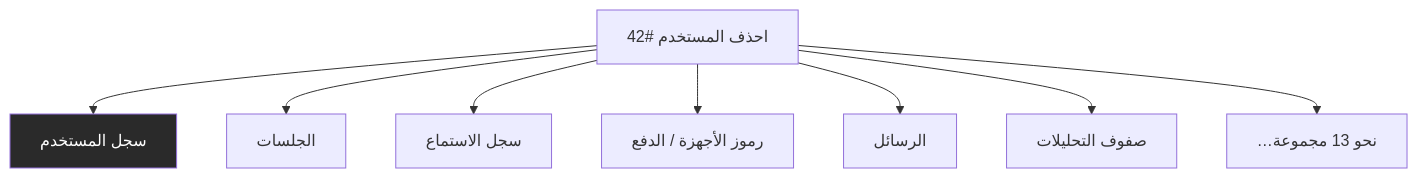
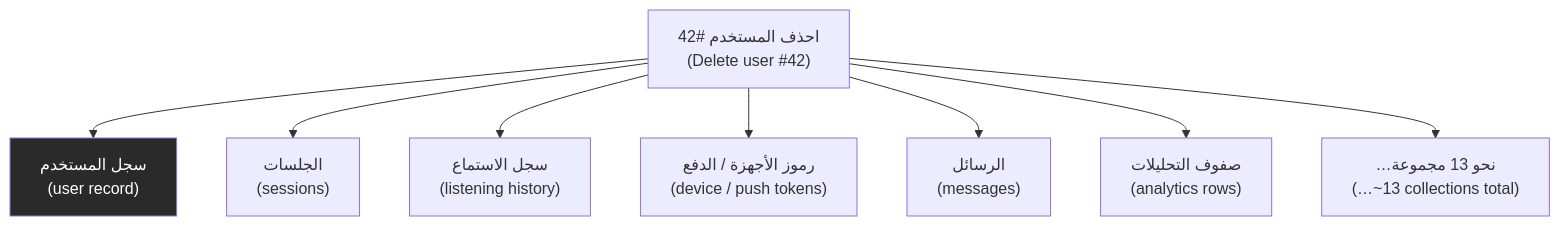
Before and after one commit to Tamoura/system-design-for-vibe-coders: the sixth of 10 diagrams in modules/02-data-storage-backups/module.ar.md, drawn with Mermaid. The commit also changed other lines of this file and 62 other files, not shown here.

First line of the commit message:
Arabic editions: English on every diagram label, RTL fixes, rebuild

````diff
--- a/modules/02-data-storage-backups/module.ar.md
+++ b/modules/02-data-storage-backups/module.ar.md
@@ -510,11 +510,11 @@
 ```mermaid
 flowchart TD
-    U["احذف المستخدم #42"] --> A["سجل المستخدم"]
-    U --> B["الجلسات"]
-    U --> C["سجل الاستماع"]
-    U --> D["رموز الأجهزة / الدفع"]
-    U --> E["الرسائل"]
-    U --> F["صفوف التحليلات"]
-    U --> G["…نحو 13 مجموعة"]
+    U["احذف المستخدم #42<br/>(Delete user #42)"] --> A["سجل المستخدم<br/>(user record)"]
+    U --> B["الجلسات<br/>(sessions)"]
+    U --> C["سجل الاستماع<br/>(listening history)"]
+    U --> D["رموز الأجهزة / الدفع<br/>(device / push tokens)"]
+    U --> E["الرسائل<br/>(messages)"]
+    U --> F["صفوف التحليلات<br/>(analytics rows)"]
+    U --> G["…نحو 13 مجموعة<br/>(…~13 collections total)"]
     style A fill:#2a2a2a,color:#fff
 ```
````
